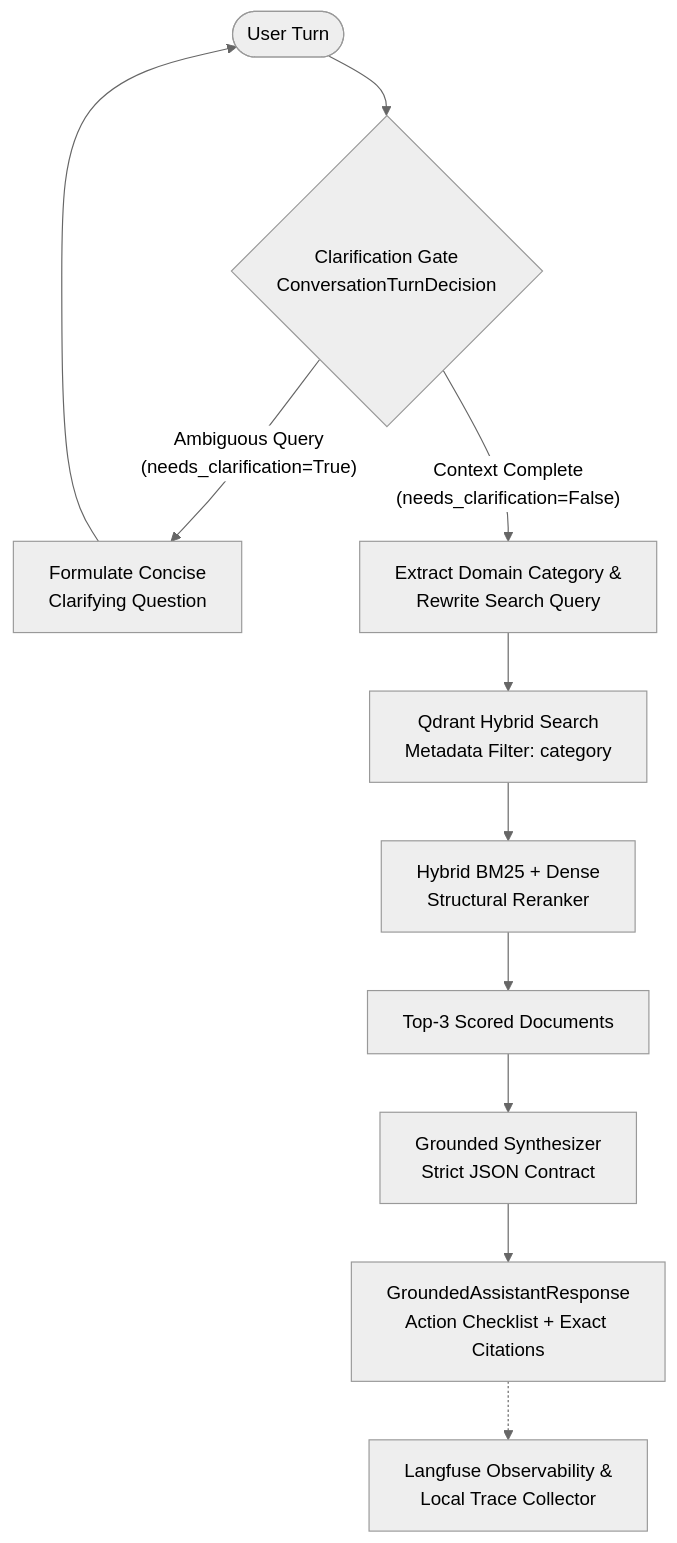
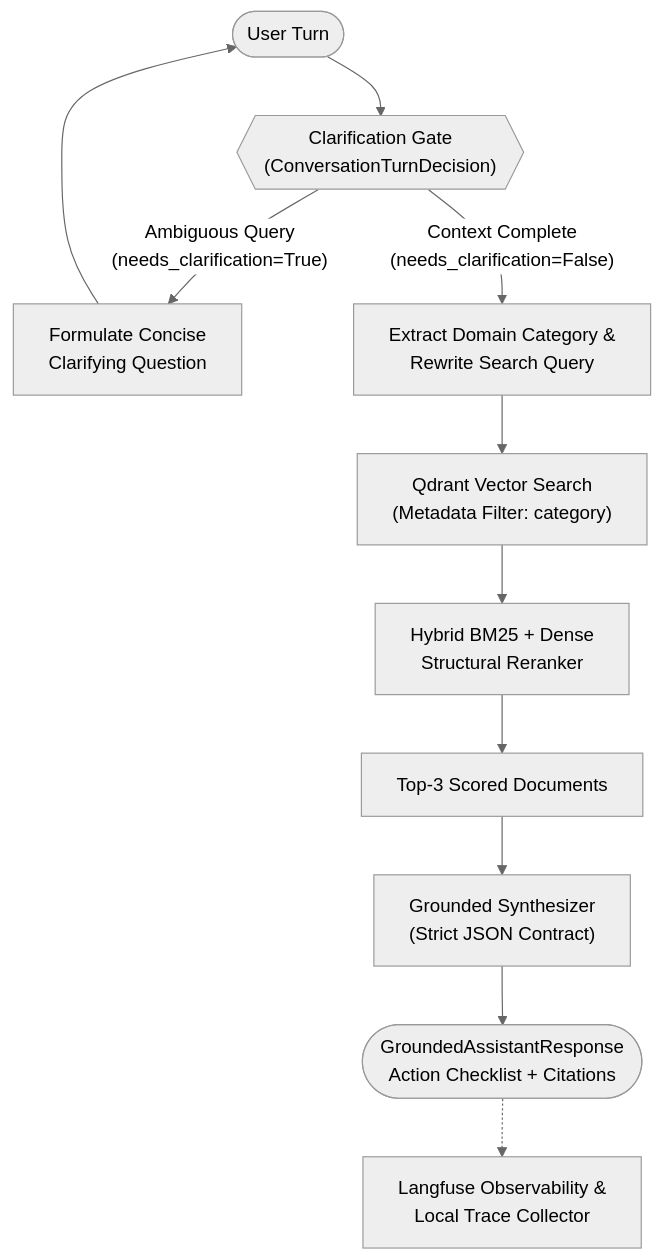
Before and after one commit to Diamontd/rag-conversational-assistant: the diagram in README.md, drawn with Mermaid (neutral theme). The commit also changed other lines of this file and 8 other files, not shown here.

Commit message:
fix: integrate live LLM cascade with token accounting, clean Mermaid diagram, and realistic traces

````diff
--- a/README.md
+++ b/README.md
@@ -36,18 +36,18 @@
 ```mermaid
 flowchart TD
-    User([User Turn]) --> Gate{Clarification Gate<br/>ConversationTurnDecision}
+    User(["User Turn"]) --> Gate{{"Clarification Gate<br/>(ConversationTurnDecision)"}}
     
-    Gate -- "Ambiguous Query<br/>(needs_clarification=True)" --> Clarify[Formulate Concise<br/>Clarifying Question]
+    Gate -- "Ambiguous Query<br/>(needs_clarification=True)" --> Clarify["Formulate Concise<br/>Clarifying Question"]
     Clarify --> User
     
-    Gate -- "Context Complete<br/>(needs_clarification=False)" --> Router[Extract Domain Category &<br/>Rewrite Search Query]
+    Gate -- "Context Complete<br/>(needs_clarification=False)" --> Router["Extract Domain Category &<br/>Rewrite Search Query"]
     
-    Router --> Filter[Qdrant Hybrid Search<br/>Metadata Filter: category]
-    Filter --> Rerank[Hybrid BM25 + Dense<br/>Structural Reranker]
-    Rerank --> Context[Top-3 Scored Documents]
+    Router --> Filter["Qdrant Vector Search<br/>(Metadata Filter: category)"]
+    Filter --> Rerank["Hybrid BM25 + Dense<br/>Structural Reranker"]
+    Rerank --> Context["Top-3 Scored Documents"]
     
-    Context --> Synthesizer[Grounded Synthesizer<br/>Strict JSON Contract]
-    Synthesizer --> Output[GroundedAssistantResponse<br/>Action Checklist + Exact Citations]
+    Context --> Synthesizer["Grounded Synthesizer<br/>(Strict JSON Contract)"]
+    Synthesizer --> Output(["GroundedAssistantResponse<br/>Action Checklist + Citations"])
     
-    Output -.-> Trace[Langfuse Observability &<br/>Local Trace Collector]
+    Output -.-> Trace["Langfuse Observability &<br/>Local Trace Collector"]
 ```
````
